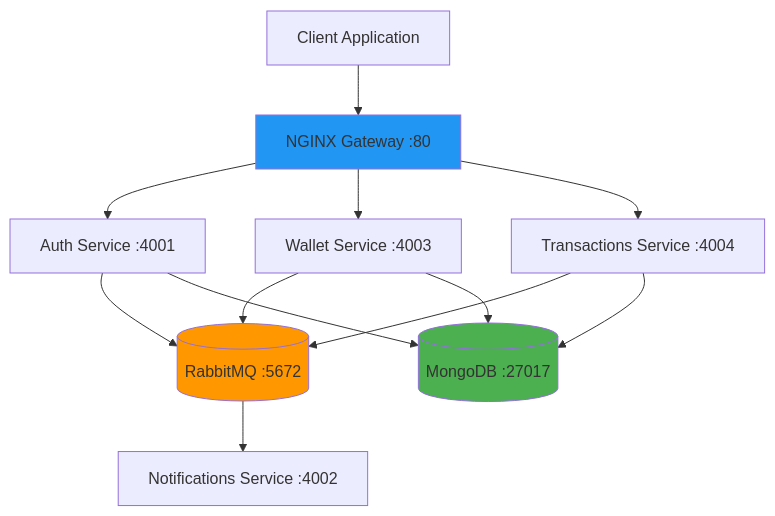
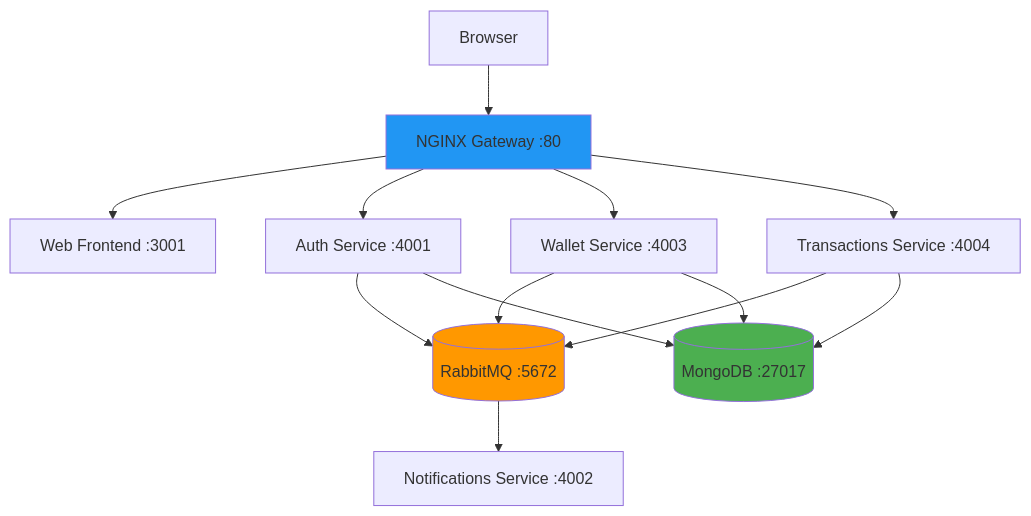
Before and after one commit to sreekarnv/mint: the diagram in docs/index.md, drawn with Mermaid. The commit also changed other lines of this file and 11 other files, not shown here.

````diff
--- a/docs/index.md
+++ b/docs/index.md
@@ -79,29 +79,31 @@
 ```mermaid
 graph TB
-    Client[Client Application]
+    Client[Browser]
+    Web[Web Frontend :3001]
     Gateway[NGINX Gateway :80]
     Auth[Auth Service :4001]
     Wallet[Wallet Service :4003]
     Transactions[Transactions Service :4004]
     Notifications[Notifications Service :4002]
     RabbitMQ[(RabbitMQ :5672)]
     MongoDB[(MongoDB :27017)]
 
     Client --> Gateway
+    Gateway --> Web
     Gateway --> Auth
     Gateway --> Wallet
     Gateway --> Transactions
 
     Auth --> RabbitMQ
     Transactions --> RabbitMQ
     Wallet --> RabbitMQ
     RabbitMQ --> Notifications
 
     Auth --> MongoDB
     Wallet --> MongoDB
     Transactions --> MongoDB
 
     style Gateway fill:#2196F3
     style RabbitMQ fill:#FF9800
     style MongoDB fill:#4CAF50
 ```
````
